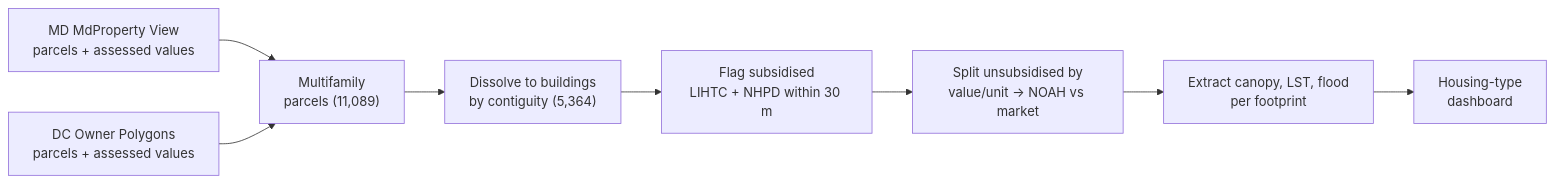
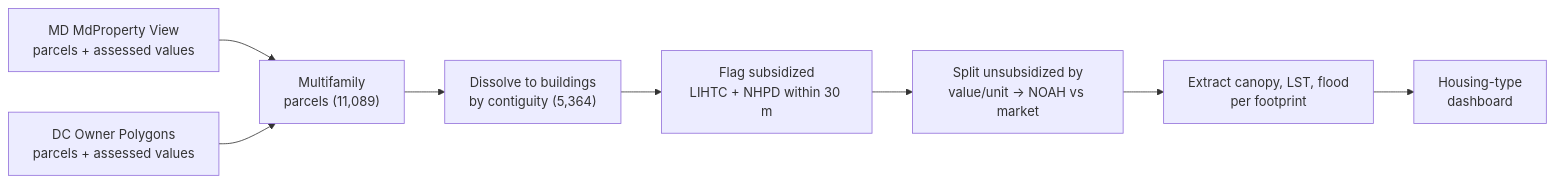
One commit to alibishokputov/green-gap-affordable-housing changed the sixth of 11 diagrams in data-methods.qmd. Above: the diagram before and after it, drawn with Mermaid. The commit also changed other lines of this file and 15 other files, not shown here.

````diff
--- a/data-methods.qmd
+++ b/data-methods.qmd
@@ -182,10 +192,10 @@
 ```{mermaid}
 flowchart LR
   MD["MD MdProperty View<br/>parcels + assessed values"] --> P["Multifamily<br/>parcels (11,089)"]
   DC["DC Owner Polygons<br/>parcels + assessed values"] --> P
   P --> B["Dissolve to buildings<br/>by contiguity (5,364)"]
-  B --> S["Flag subsidised<br/>LIHTC + NHPD within 30 m"]
-  S --> N["Split unsubsidised by<br/>value/unit -> NOAH vs market"]
+  B --> S["Flag subsidized<br/>LIHTC + NHPD within 30 m"]
+  S --> N["Split unsubsidized by<br/>value/unit -> NOAH vs market"]
   N --> E["Extract canopy, LST, flood<br/>per footprint"]
   E --> D["Housing-type<br/>dashboard"]
 ```
````
